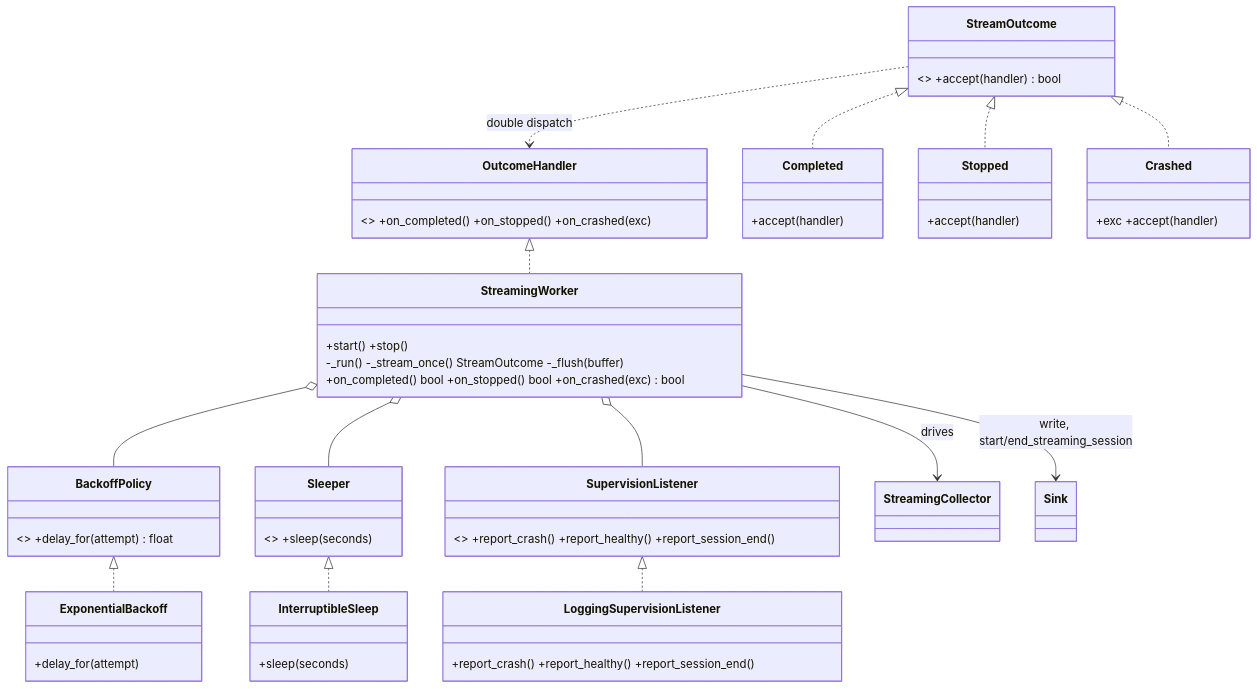
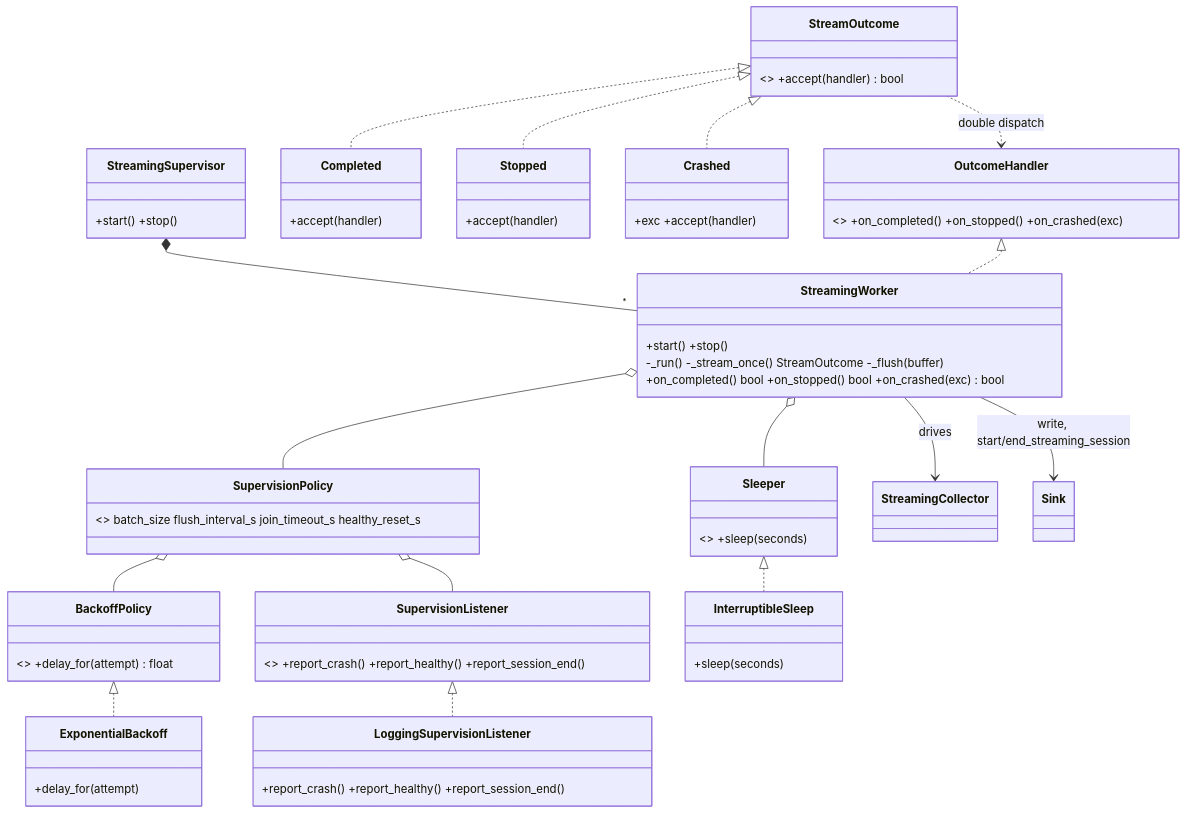
One commit to iklobato/avai changed diagram 13 of 23 in docs/ARCHITECTURE.md. Above: the diagram before and after it, drawn with Mermaid. The commit also changed other lines of this file and 1 other file, not shown here.

````diff
--- a/docs/ARCHITECTURE.md
+++ b/docs/ARCHITECTURE.md
@@ -751,32 +781,36 @@
 ```mermaid
 classDiagram
+    class StreamingSupervisor { +start() +stop() }
+    class SupervisionPolicy { <<frozen dataclass>> batch_size flush_interval_s join_timeout_s healthy_reset_s }
     class StreamingWorker {
         +start() +stop()
         -_run() -_stream_once() StreamOutcome -_flush(buffer)
         +on_completed() bool +on_stopped() bool +on_crashed(exc) bool
     }
     class OutcomeHandler { <<Protocol>> +on_completed() +on_stopped() +on_crashed(exc) }
     class StreamOutcome { <<Protocol>> +accept(handler) bool }
     class Completed { +accept(handler) }
     class Stopped { +accept(handler) }
     class Crashed { +exc +accept(handler) }
     class BackoffPolicy { <<Protocol>> +delay_for(attempt) float }
     class ExponentialBackoff { +delay_for(attempt) }
     class Sleeper { <<Protocol>> +sleep(seconds) }
     class InterruptibleSleep { +sleep(seconds) }
     class SupervisionListener { <<Protocol>> +report_crash() +report_healthy() +report_session_end() }
     class LoggingSupervisionListener { +report_crash() +report_healthy() +report_session_end() }
     OutcomeHandler <|.. StreamingWorker
     StreamOutcome <|.. Completed
     StreamOutcome <|.. Stopped
     StreamOutcome <|.. Crashed
     BackoffPolicy <|.. ExponentialBackoff
     Sleeper <|.. InterruptibleSleep
     SupervisionListener <|.. LoggingSupervisionListener
-    StreamingWorker o-- BackoffPolicy
+    StreamingSupervisor *-- "*" StreamingWorker
+    StreamingWorker o-- SupervisionPolicy
+    SupervisionPolicy o-- BackoffPolicy
+    SupervisionPolicy o-- SupervisionListener
     StreamingWorker o-- Sleeper
-    StreamingWorker o-- SupervisionListener
     StreamingWorker --> StreamingCollector : drives
     StreamingWorker --> Sink : write, start/end_streaming_session
     StreamOutcome ..> OutcomeHandler : double dispatch
 ```
````
